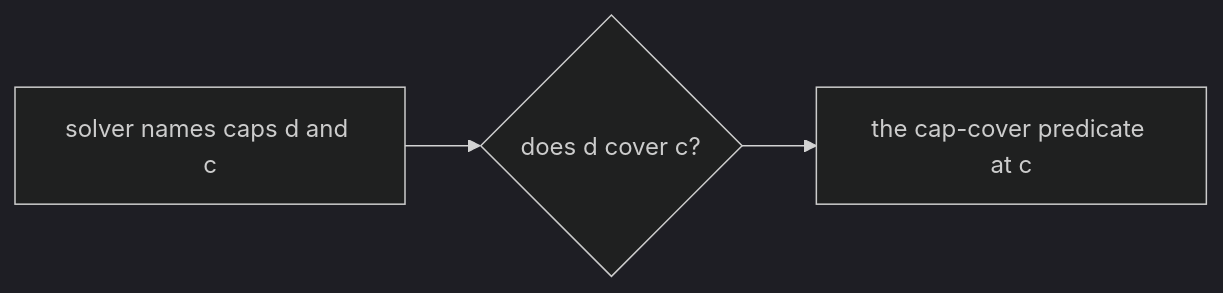
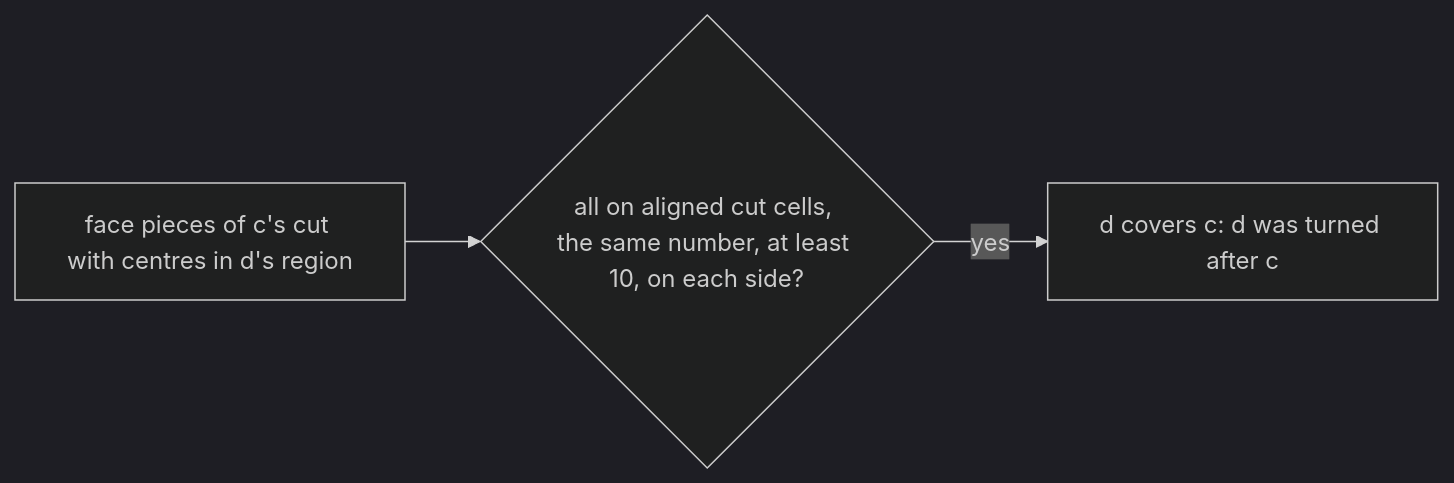
The diagram in docs/progress/1.0/glossary/diagrams/cap-cover.mmd (KonomiYuzu01/Magic-600-Cell), drawn with Mermaid (dark theme) before and after one commit. The commit also changed 40 other files, not shown here.

```diff
--- a/docs/progress/1.0/glossary/diagrams/cap-cover.mmd
+++ b/docs/progress/1.0/glossary/diagrams/cap-cover.mmd
@@ -1,3 +1,3 @@
 flowchart LR
-  S[solver names caps d and c] --> Q{"does d cover c?"}
-  Q --> A[the cap-cover predicate at c]
+  F["face pieces of c's cut with centres in d's region"] --> Q{"all on aligned cut cells, the same number, at least 10, on each side?"}
+  Q -->|yes| C["d covers c: d was turned after c"]
```
